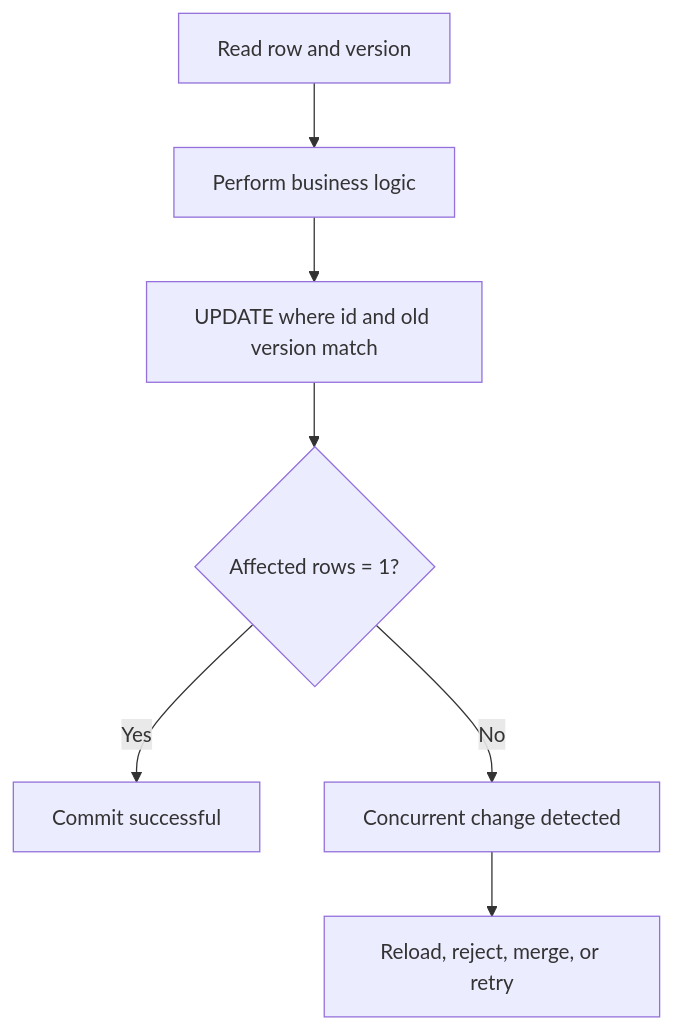
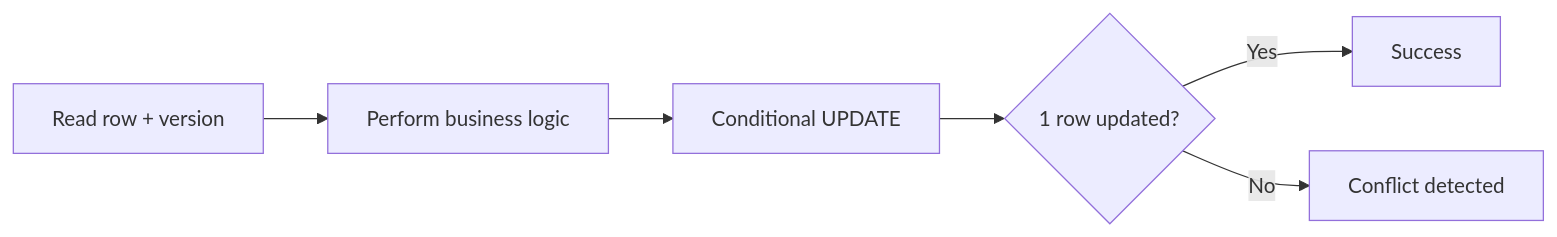
The third of 4 diagrams in src/content/databases/locking-optimistic-pessimistic.md (AvadhBhalodiya/Interview-Preparation), drawn with Mermaid before and after one commit. The commit also changed other lines of this file and 80 other files, not shown here.

````diff
--- a/src/content/databases/locking-optimistic-pessimistic.md
+++ b/src/content/databases/locking-optimistic-pessimistic.md
@@ -124,9 +85,8 @@
 ```mermaid
-flowchart TD
-    A[Read row and version] --> B[Perform business logic]
-    B --> C[UPDATE where id and old version match]
-    C --> D{Affected rows = 1?}
-    D -- Yes --> E[Commit successful]
-    D -- No --> F[Concurrent change detected]
-    F --> G[Reload, reject, merge, or retry]
+flowchart LR
+    A[Read row + version] --> B[Perform business logic]
+    B --> C[Conditional UPDATE]
+    C --> D{1 row updated?}
+    D -->|Yes| E[Success]
+    D -->|No| F[Conflict detected]
 ```
````
